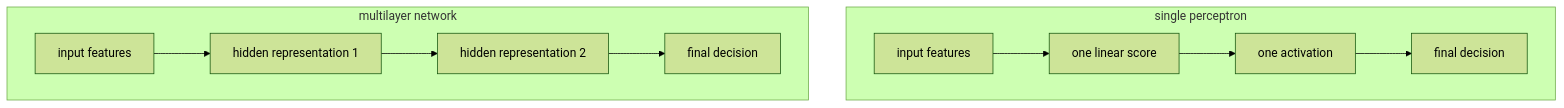
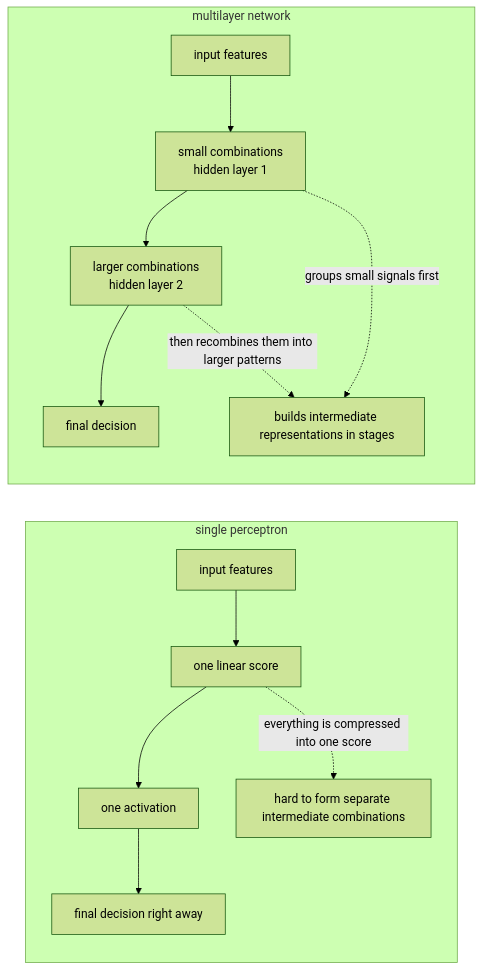
The diagram in docs/assets/part-05/chapter-02/single-vs-multilayer-flow-en.mmd (devchan64/AiBook), drawn with Mermaid (forest theme) before and after one commit. The commit also changed 51 other files, not shown here.

Commit message:
Update Part 5 learning support diagrams and notes

```diff
--- a/docs/assets/part-05/chapter-02/single-vs-multilayer-flow-en.mmd
+++ b/docs/assets/part-05/chapter-02/single-vs-multilayer-flow-en.mmd
@@ -1,16 +1,23 @@
-flowchart TB
+flowchart LR
   subgraph S["single perceptron"]
+    direction TB
     S1["input features"]
     S2["one linear score"]
     S3["one activation"]
-    S4["final decision"]
+    S4["final decision right away"]
+    SN["hard to form separate intermediate combinations"]
     S1 --> S2 --> S3 --> S4
+    S2 -. everything is compressed into one score .-> SN
   end
 
   subgraph M["multilayer network"]
+    direction TB
     M1["input features"]
-    M2["hidden representation 1"]
-    M3["hidden representation 2"]
+    M2["small combinations<br/>hidden layer 1"]
+    M3["larger combinations<br/>hidden layer 2"]
     M4["final decision"]
+    MN["builds intermediate representations in stages"]
     M1 --> M2 --> M3 --> M4
+    M2 -. groups small signals first .-> MN
+    M3 -. then recombines them into larger patterns .-> MN
   end
```
